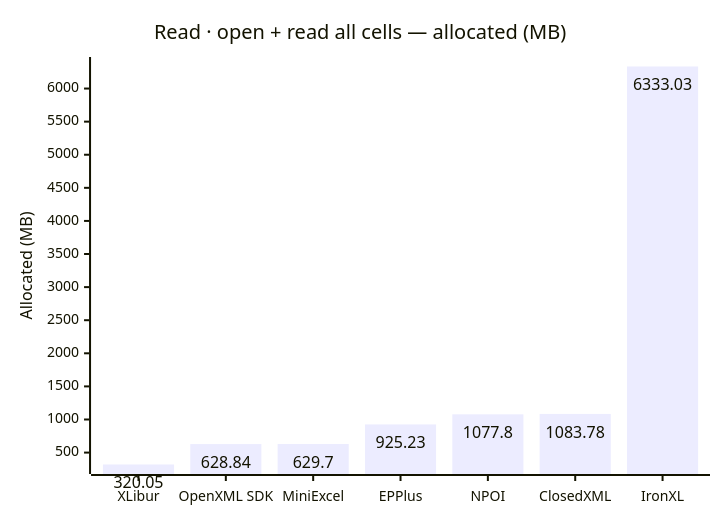
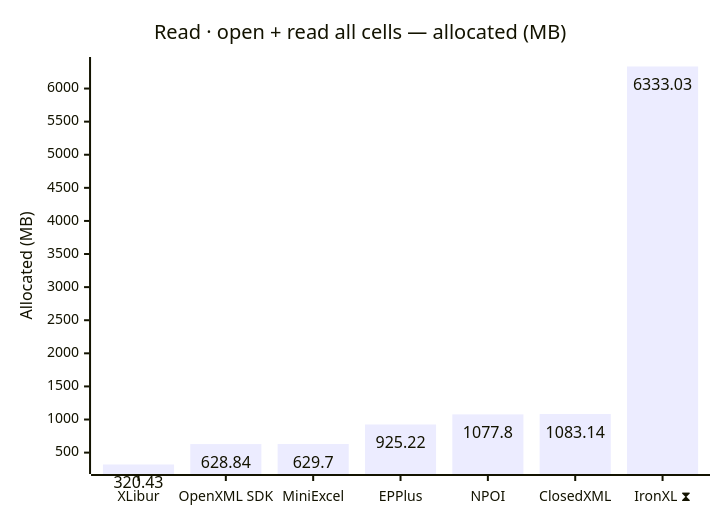
The fourth of 10 diagrams in docs/results.md (jafin/XLBench), drawn with Mermaid before and after one commit. The commit also changed other lines of this file and 2 other files, not shown here.

First line of the commit message:
docs: refresh benchmark results on XLibur 0.300.0

````diff
--- a/docs/results.md
+++ b/docs/results.md
@@ -74,12 +78,12 @@
 ```mermaid
 ---
 config:
   xyChart:
     showDataLabel: true
 ---
 xychart-beta
     title "Read · open + read all cells — allocated (MB)"
-    x-axis ["XLibur", "OpenXML SDK", "MiniExcel", "EPPlus", "NPOI", "ClosedXML", "IronXL"]
+    x-axis ["XLibur", "OpenXML SDK", "MiniExcel", "EPPlus", "NPOI", "ClosedXML", "IronXL ⧗"]
     y-axis "Allocated (MB)"
-    bar [320.05, 628.84, 629.7, 925.23, 1077.8, 1083.78, 6333.03]
+    bar [320.43, 628.84, 629.7, 925.22, 1077.8, 1083.14, 6333.03]
 ```
````
